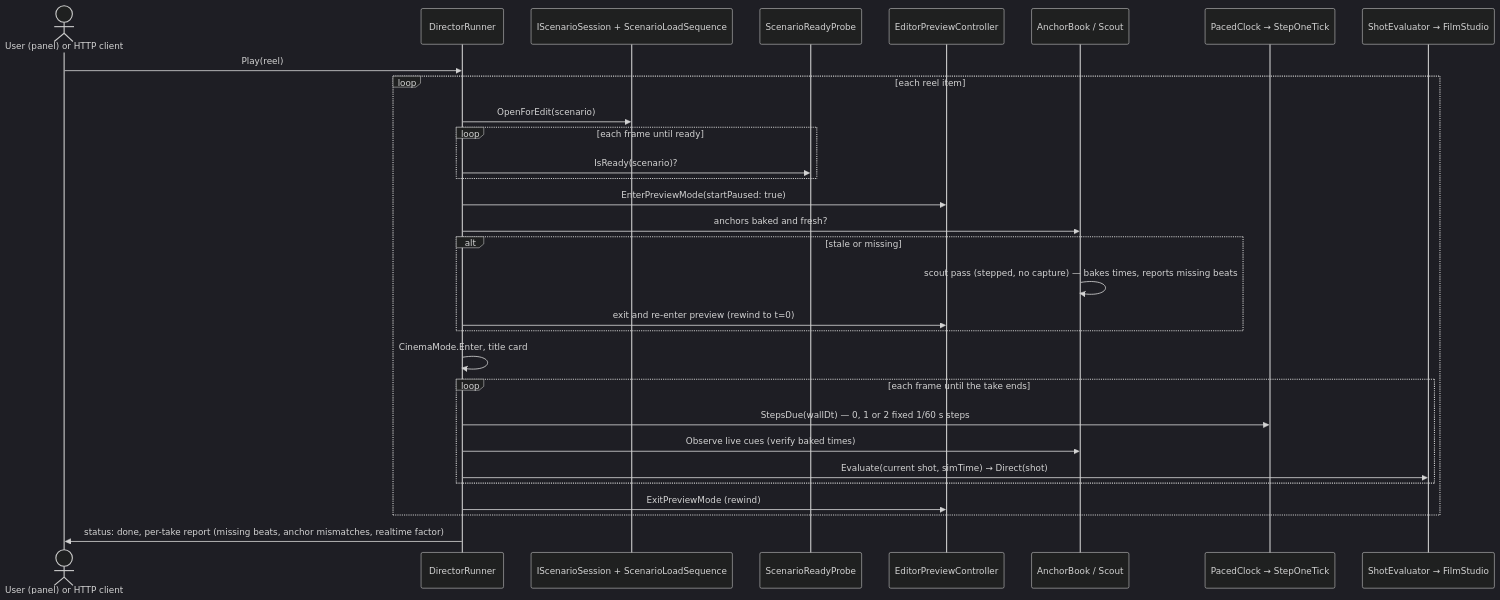
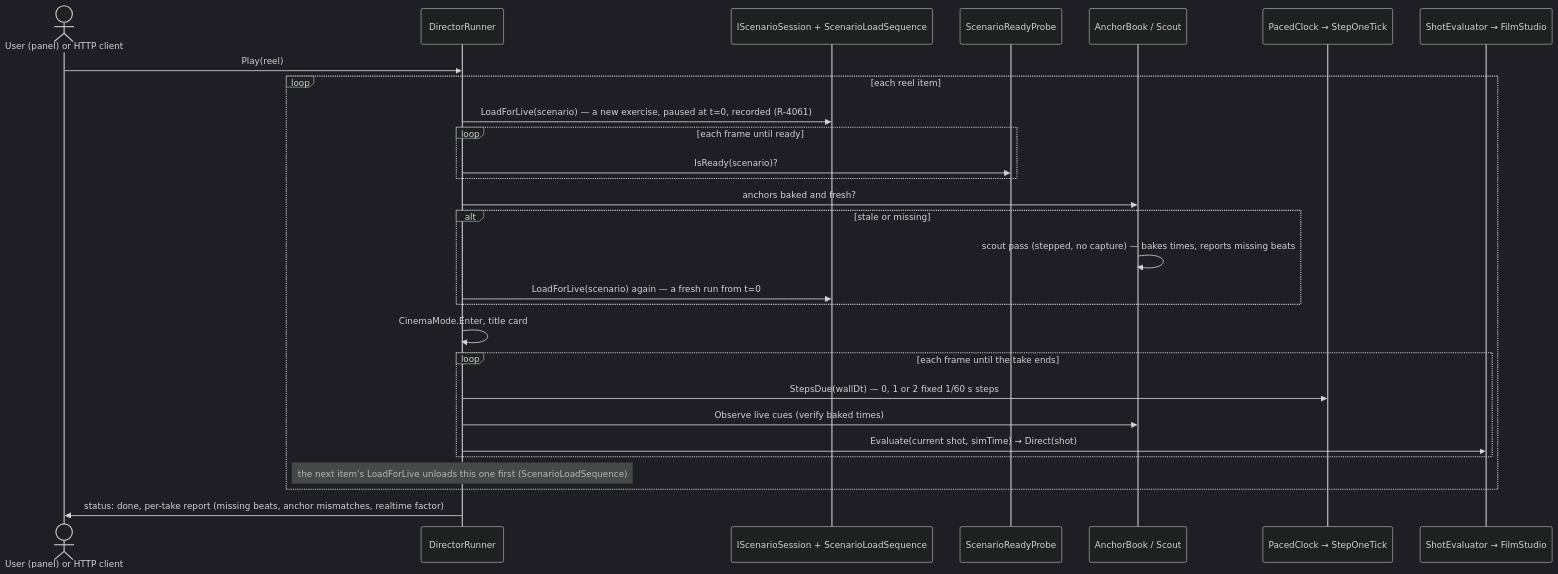
Before and after one commit to pjanec/HROT: the fourth of 5 diagrams in docs/DESIGN_Film_Director.md, drawn with Mermaid (dark theme). The commit also changed other lines of this file and 3 other files, not shown here.

First line of the commit message:
docs: film director third pass — R-4061: a full LIVE run (from the file, recorded), not the preview; no instant replays in slice 1, later from the recording

````diff
--- a/docs/DESIGN_Film_Director.md
+++ b/docs/DESIGN_Film_Director.md
@@ -263,32 +261,30 @@
 ```mermaid
 sequenceDiagram
   actor U as User (panel) or HTTP client
   participant R as DirectorRunner
   participant S as IScenarioSession + ScenarioLoadSequence
   participant P as ScenarioReadyProbe
-  participant V as EditorPreviewController
   participant A as AnchorBook / Scout
   participant C as PacedClock → StepOneTick
   participant E as ShotEvaluator → FilmStudio
   U->>R: Play(reel)
   loop each reel item
-    R->>S: OpenForEdit(scenario)
+    R->>S: LoadForLive(scenario) — a new exercise, paused at t=0, recorded (R-4061)
     loop each frame until ready
       R->>P: IsReady(scenario)?
     end
-    R->>V: EnterPreviewMode(startPaused: true)
     R->>A: anchors baked and fresh?
     alt stale or missing
       A->>A: scout pass (stepped, no capture) — bakes times, reports missing beats
-      R->>V: exit and re-enter preview (rewind to t=0)
+      R->>S: LoadForLive(scenario) again — a fresh run from t=0
     end
     R->>R: CinemaMode.Enter, title card
     loop each frame until the take ends
       R->>C: StepsDue(wallDt) — 0, 1 or 2 fixed 1/60 s steps
       R->>A: Observe live cues (verify baked times)
       R->>E: Evaluate(current shot, simTime) → Direct(shot)
     end
-    R->>V: ExitPreviewMode (rewind)
+    Note over R: the next item's LoadForLive unloads this one first (ScenarioLoadSequence)
   end
   R->>U: status: done, per-take report (missing beats, anchor mismatches, realtime factor)
 ```
````
